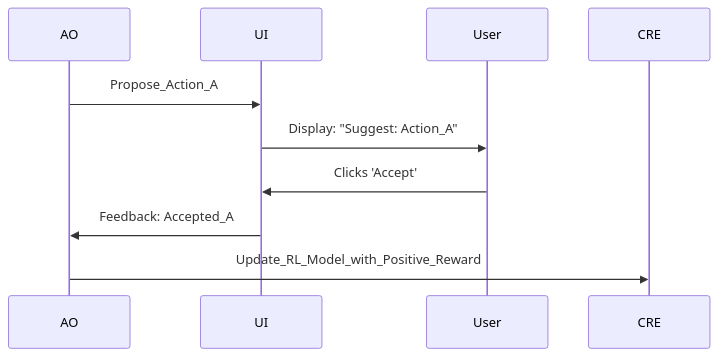
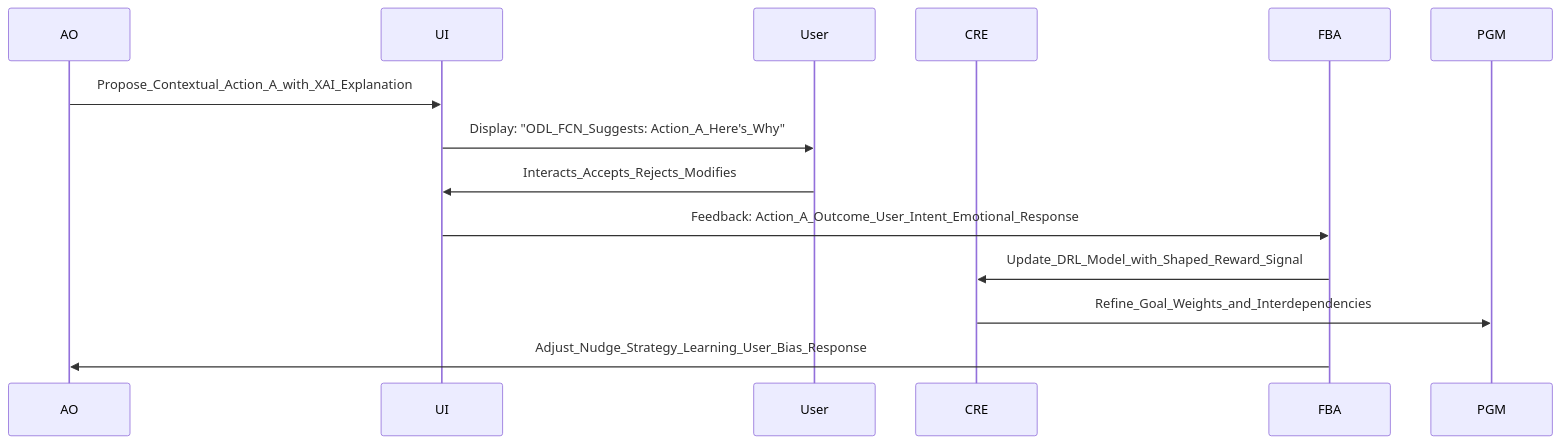
One commit to diplomat-bit/Citibank_Demo_Business_Inc_Demonstration- changed the sixth of 10 diagrams in inventions/106_ai_agent_for_personal_life_optimization.md. Above: the diagram before and after it, drawn with Mermaid. The commit also changed other lines of this file, not shown here.

````diff
--- a/inventions/106_ai_agent_for_personal_life_optimization.md
+++ b/inventions/106_ai_agent_for_personal_life_optimization.md
@@ -308,13 +373,16 @@
 ```mermaid
 sequenceDiagram
     participant AO
     participant UI
     participant User
     participant CRE
+    participant FBA
 
-    AO->>UI: Propose_Action_A
-    UI->>User: Display: "Suggest: Action_A"
-    User->>UI: Clicks 'Accept'
-    UI->>AO: Feedback: Accepted_A
-    AO->>CRE: Update_RL_Model_with_Positive_Reward
+    AO->>UI: Propose_Contextual_Action_A_with_XAI_Explanation
+    UI->>User: Display: "ODL_FCN_Suggests: Action_A_Here's_Why"
+    User->>UI: Interacts_Accepts_Rejects_Modifies
+    UI->>FBA: Feedback: Action_A_Outcome_User_Intent_Emotional_Response
+    FBA->>CRE: Update_DRL_Model_with_Shaped_Reward_Signal
+    CRE->>PGM: Refine_Goal_Weights_and_Interdependencies
+    FBA->>AO: Adjust_Nudge_Strategy_Learning_User_Bias_Response
 ```
````
